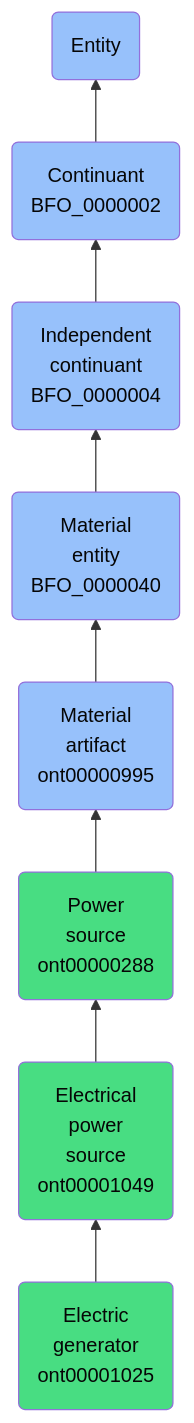
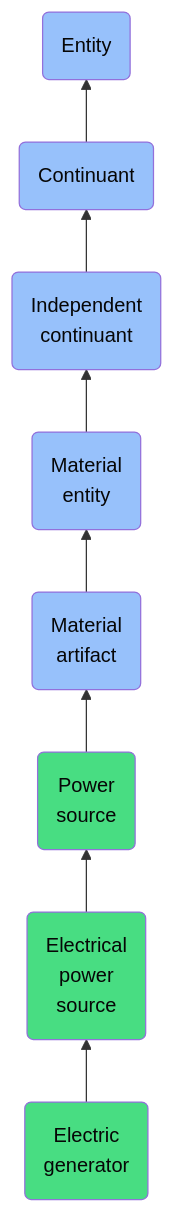
Before and after one commit to jupyter-naas/abi: the diagram in docs/ontology/reference/model/Entity/Continuant/Independent continuant/Material entity/Material artifact/Power source/Electrical power source/Electric generator/Electric generator.md, drawn with Mermaid. The commit also changed other lines of this file and 1430 other files, not shown here.

````diff
--- a/docs/ontology/reference/model/Entity/Continuant/Independent continuant/Material entity/Material artifact/Power source/Electrical power source/Electric generator/Electric generator.md
+++ b/docs/ontology/reference/model/Entity/Continuant/Independent continuant/Material entity/Material artifact/Power source/Electrical power source/Electric generator/Electric generator.md
@@ -24,15 +24,15 @@
 ```mermaid
 graph BT
-    ont00001025(Electric<br>generator<br>ont00001025):::ABI-->ont00001049
-    ont00001049(Electrical<br>power<br>source<br>ont00001049):::ABI-->ont00000288
-    ont00000288(Power<br>source<br>ont00000288):::ABI-->ont00000995
-    ont00000995(Material<br>artifact<br>ont00000995):::BFO-->BFO_0000040
-    BFO_0000040(Material<br>entity<br>BFO_0000040):::BFO-->BFO_0000004
-    BFO_0000004(Independent<br>continuant<br>BFO_0000004):::BFO-->BFO_0000002
-    BFO_0000002(Continuant<br>BFO_0000002):::BFO-->BFO_0000001
+    ont00001025(Electric<br>generator):::ABI-->ont00001049
+    ont00001049(Electrical<br>power<br>source):::ABI-->ont00000288
+    ont00000288(Power<br>source):::ABI-->ont00000995
+    ont00000995(Material<br>artifact):::BFO-->BFO_0000040
+    BFO_0000040(Material<br>entity):::BFO-->BFO_0000004
+    BFO_0000004(Independent<br>continuant):::BFO-->BFO_0000002
+    BFO_0000002(Continuant):::BFO-->BFO_0000001
     BFO_0000001(Entity):::BFO
     
     classDef BFO fill:#97c1fb,color:#060606
     classDef CCO fill:#e4c51e,color:#060606
     classDef ABI fill:#48DD82,color:#060606
 ```
````
